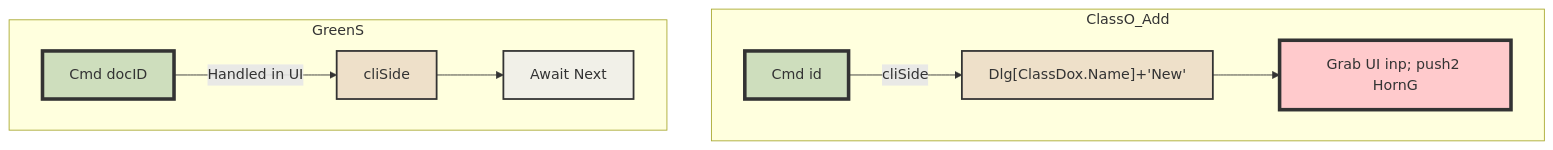
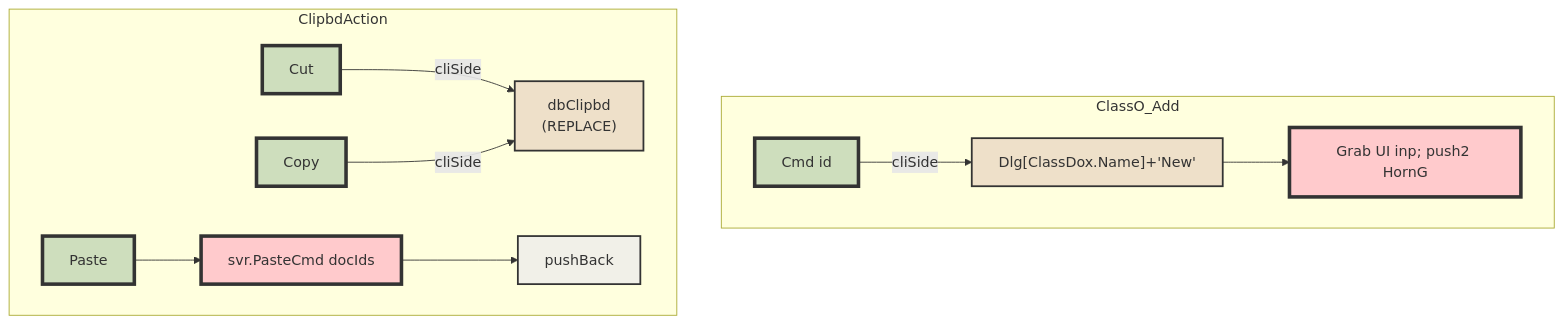
Before and after one commit to TrivediEnterprisesInc/TrivediEnterprisesInc.github.io: the seventh of 7 diagrams in Notes.md, drawn with Mermaid.

````diff
--- a/Notes.md
+++ b/Notes.md
@@ -632,24 +632,29 @@
 ```mermaid
 graph TB
     classDef yello fill:#F8FF95,stroke:#333,stroke-width:4px
     classDef red  fill:#FFCACC,stroke:#333,stroke-width:4px
     classDef ltBrn fill:#EEE0C9,stroke:#333,stroke-width:2px
     classDef offWhite fill:#F1F0E8,stroke:#333,stroke-width:2px
      classDef drkBlue fill:#96B6C5,stroke:#333,stroke-width:2px
      classDef ltBlue fill:#ADC4CE,stroke:#333,stroke-width:2px
     classDef green  fill:#CEDEBD,stroke:#333,stroke-width:4px
     subgraph ClassO_Add
     coa1[Cmd id]-->|cliSide|coa2["Dlg[ClassDox.Name]+'New'"]
     coa2 --> coa3["Grab UI inp; push2 HornG"]
     class coa3 red
     class coa2 ltBrn
     class coa1 green
     end
-    subgraph GreenS
-    gs1[Cmd docID]-->|Handled in UI|gs2[cliSide]
-    gs2 --> gs3[Await Next]
+    subgraph ClipbdAction
+    ca1[Cut]
+    ca1-->|cliSide|ca2i
+    ca2[Copy]-->|cliSide|ca2i["dbClipbd<br>(REPLACE)"]
+    cap1[Paste]-->cap2[svr.PasteCmd docIds]-->cap3[pushBack]
     class gs3 offWhite
-    class gs2 ltBrn
-    class gs1 green
+    class ca1doc,ca1dz drkBlue
+    class gs2,ca2i ltBrn
+    class cap2 red
+    class cap3 offWhite
+    class ca1,ca2,cap1,gs1 green
     end
 ```
````
